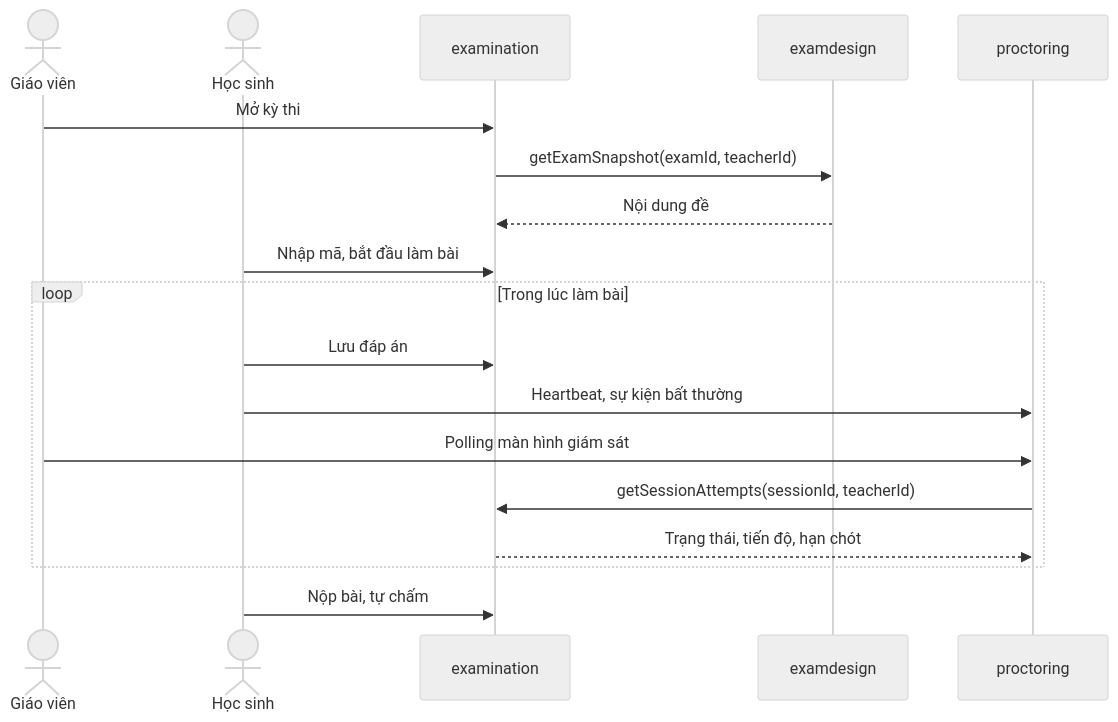
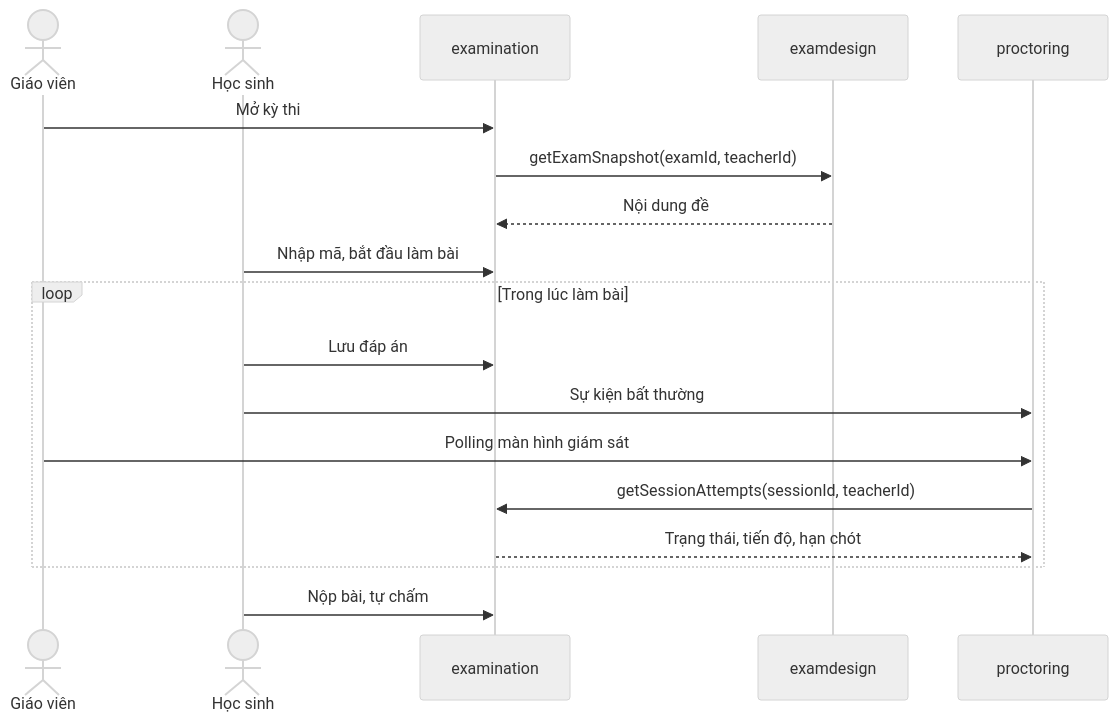
The third of 3 diagrams in README.md (zindo511/Exam-Practice), drawn with Mermaid (neutral theme) before and after one commit. The commit also changed other lines of this file and 22 other files, not shown here.

````diff
--- a/README.md
+++ b/README.md
@@ -232,21 +231,21 @@
 ```mermaid
 sequenceDiagram
     actor GV as Giáo viên
     actor HS as Học sinh
     participant EX as examination
     participant ED as examdesign
     participant PR as proctoring
 
     GV->>EX: Mở kỳ thi
     EX->>ED: getExamSnapshot(examId, teacherId)
     ED-->>EX: Nội dung đề
     HS->>EX: Nhập mã, bắt đầu làm bài
     loop Trong lúc làm bài
         HS->>EX: Lưu đáp án
-        HS->>PR: Heartbeat, sự kiện bất thường
+        HS->>PR: Sự kiện bất thường
         GV->>PR: Polling màn hình giám sát
         PR->>EX: getSessionAttempts(sessionId, teacherId)
         EX-->>PR: Trạng thái, tiến độ, hạn chót
     end
     HS->>EX: Nộp bài, tự chấm
 ```
````
